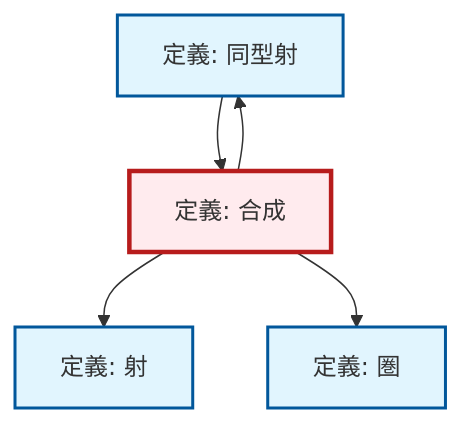
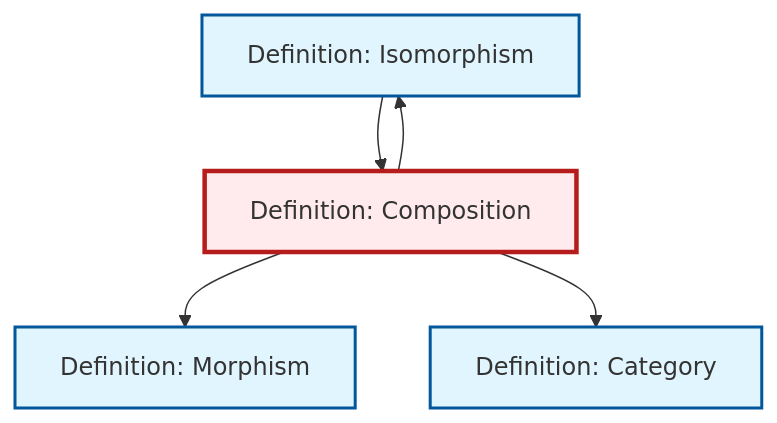
One commit to RK0429/ModernMath changed the diagram in content/ja/category-theory/def-composition.qmd. Above: the diagram before and after it, drawn with Mermaid. The commit also changed 203 other files, not shown here.

````diff
--- a/content/ja/category-theory/def-composition.qmd
+++ b/content/ja/category-theory/def-composition.qmd
@@ -93,22 +93,18 @@
 ```{mermaid}
-%%| fig-cap: "局所依存関係グラフ"
+%%| fig-cap: "Local dependency graph"
 graph TD
     classDef definition fill:#e1f5fe,stroke:#01579b,stroke-width:2px
     classDef theorem fill:#f3e5f5,stroke:#4a148c,stroke-width:2px
     classDef axiom fill:#fff3e0,stroke:#e65100,stroke-width:2px
     classDef example fill:#e8f5e9,stroke:#1b5e20,stroke-width:2px
     classDef current fill:#ffebee,stroke:#b71c1c,stroke-width:3px
-    def-category["定義: 圏"]:::definition
-    def-isomorphism["定義: 同型射"]:::definition
-    def-composition["定義: 合成"]:::definition
-    def-morphism["定義: 射"]:::definition
+    def-category["Definition: Category"]:::definition
+    def-isomorphism["Definition: Isomorphism"]:::definition
+    def-composition["Definition: Composition"]:::definition
+    def-morphism["Definition: Morphism"]:::definition
     def-isomorphism --> def-composition
     def-composition --> def-morphism
     def-composition --> def-category
     def-composition --> def-isomorphism
     class def-composition current
-
-    click def-category "def-category.html" "Go to 定義: 圏"
-    click def-isomorphism "def-isomorphism.html" "Go to 定義: 同型射"
-    click def-morphism "def-morphism.html" "Go to 定義: 射"
 ```
````
